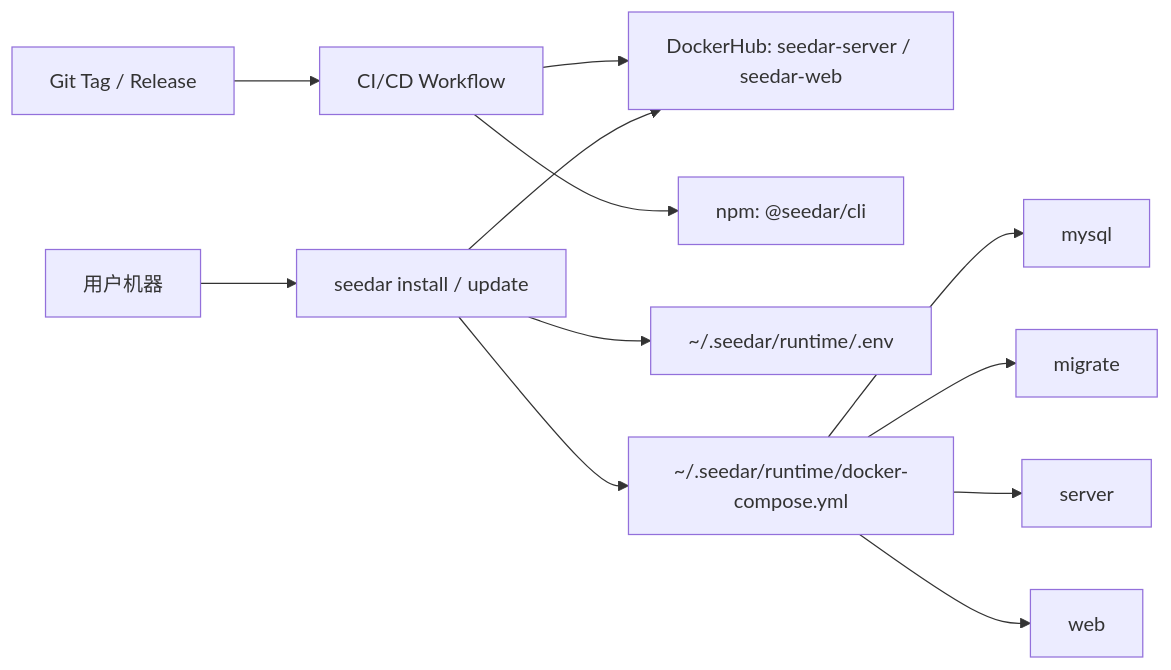
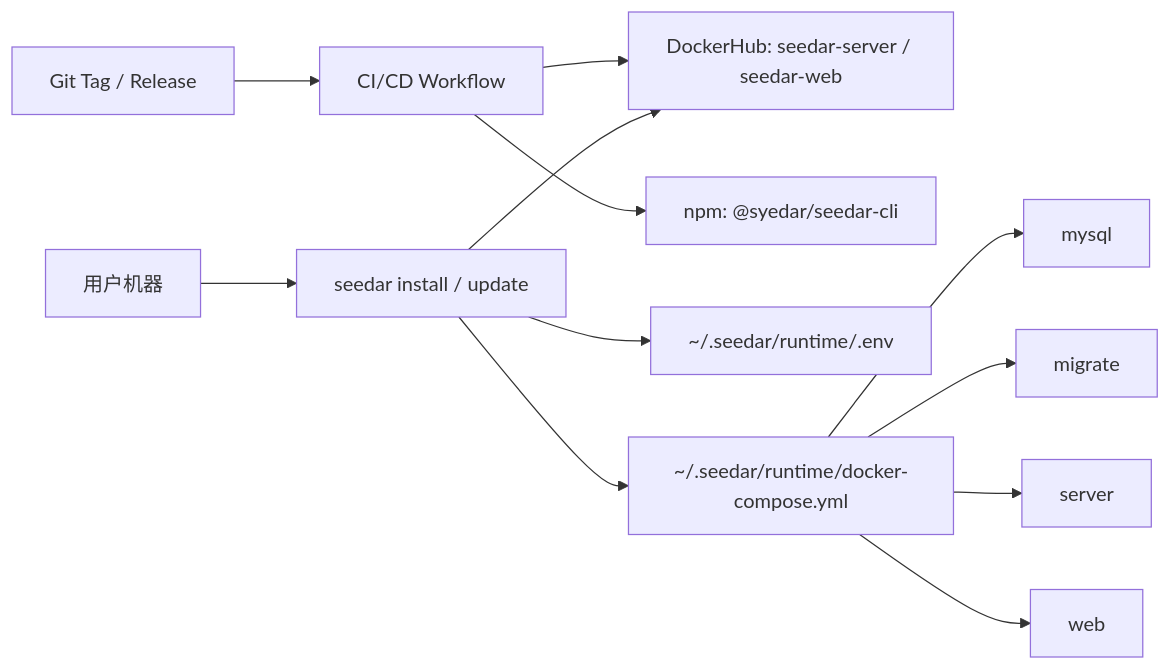
Before and after one commit to Syedar-root/seedar: the diagram in docs/deployment-architecture.md, drawn with Mermaid. The commit also changed other lines of this file and 6 other files, not shown here.

Commit message:
fix: publish cli package under @syedar scope

````diff
--- a/docs/deployment-architecture.md
+++ b/docs/deployment-architecture.md
@@ -12,14 +12,14 @@
 ```mermaid
 flowchart LR
   A["Git Tag / Release"] --> B["CI/CD Workflow"]
   B --> C["DockerHub: seedar-server / seedar-web"]
-  B --> D["npm: @seedar/cli"]
+  B --> D["npm: @syedar/seedar-cli"]
   E["用户机器"] --> F["seedar install / update"]
   F --> C
   F --> G["~/.seedar/runtime/.env"]
   F --> H["~/.seedar/runtime/docker-compose.yml"]
   H --> I["mysql"]
   H --> J["migrate"]
   H --> K["server"]
   H --> L["web"]
 ```
````
